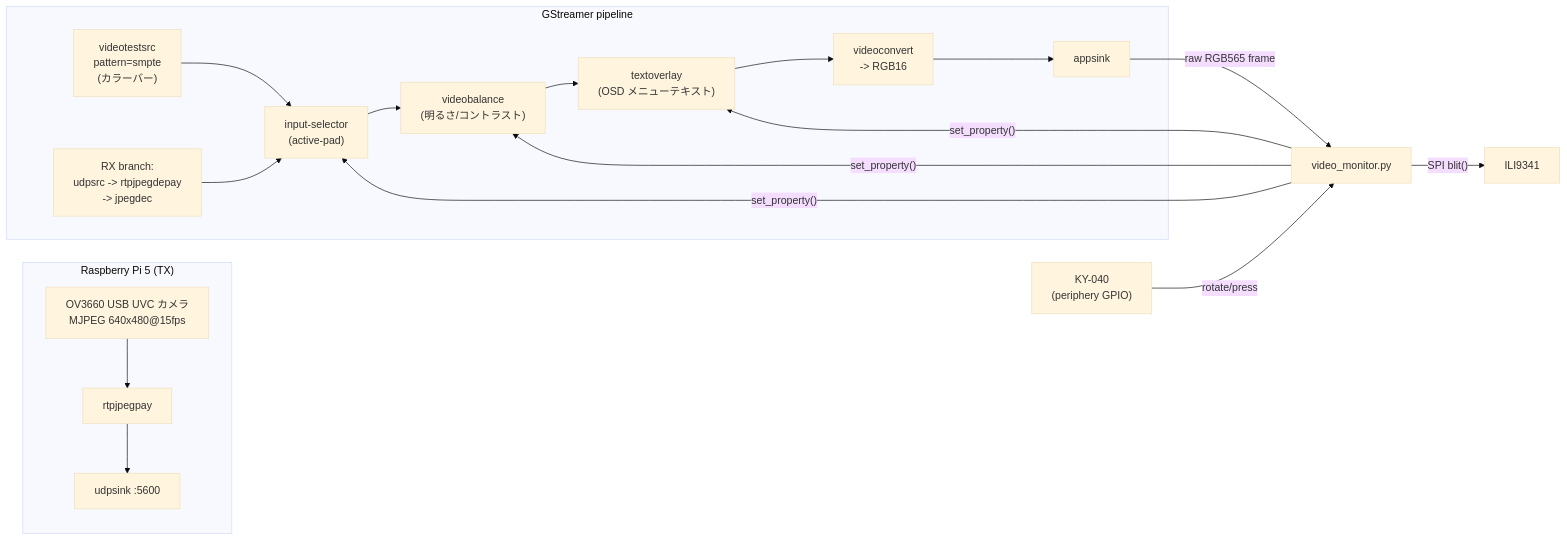
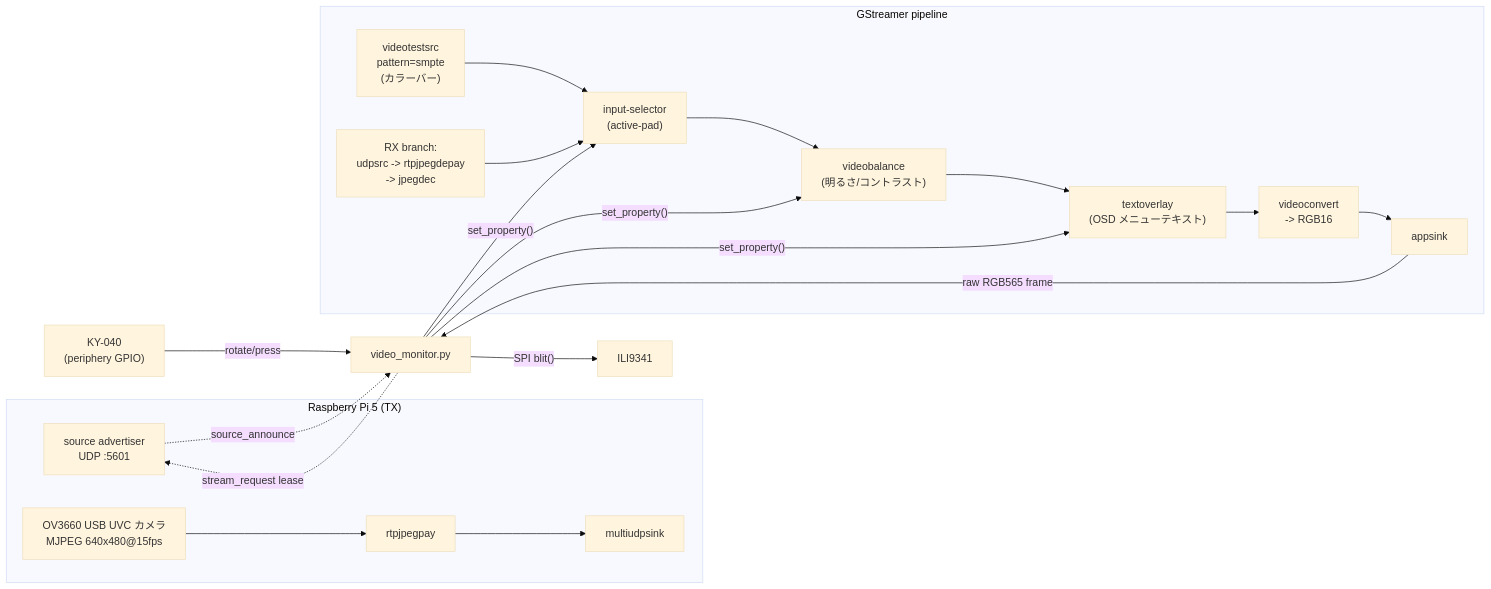
One commit to ThousandsOfTies/gar-stream-rx changed the diagram in README.md. Above: the diagram before and after it, drawn with Mermaid (base theme). The commit also changed other lines of this file and 3 other files, not shown here.

Commit message:
Add PnP source selection and stream requests

````diff
--- a/README.md
+++ b/README.md
@@ -48,20 +48,23 @@
 ```mermaid
 flowchart LR
     subgraph TX ["Raspberry Pi 5 (TX)"]
-        CAM["OV3660 USB UVC カメラ\nMJPEG 640x480@15fps"] --> PAY["rtpjpegpay"] --> UDP["udpsink :5600"]
+        CAM["OV3660 USB UVC カメラ\nMJPEG 640x480@15fps"] --> PAY["rtpjpegpay"] --> UDP["multiudpsink"]
+        CTRL["source advertiser\nUDP :5601"]
     end
     subgraph GStreamer pipeline
         A["videotestsrc\npattern=smpte\n(カラーバー)"] --> S["input-selector\n(active-pad)"]
         B["RX branch:\nudpsrc -> rtpjpegdepay\n-> jpegdec"] --> S
         S --> V["videobalance\n(明るさ/コントラスト)"]
         V --> O["textoverlay\n(OSD メニューテキスト)"]
         O --> C["videoconvert\n-> RGB16"]
         C --> AS["appsink"]
     end
     AS -- "raw RGB565 frame" --> PY["video_monitor.py"]
     PY -- "SPI blit()" --> ILI["ILI9341"]
     KY["KY-040\n(periphery GPIO)"] -- "rotate/press" --> PY
     PY -- "set_property()" --> S
     PY -- "set_property()" --> V
     PY -- "set_property()" --> O
+    CTRL -. "source_announce" .-> PY
+    PY -. "stream_request lease" .-> CTRL
 ```
````
